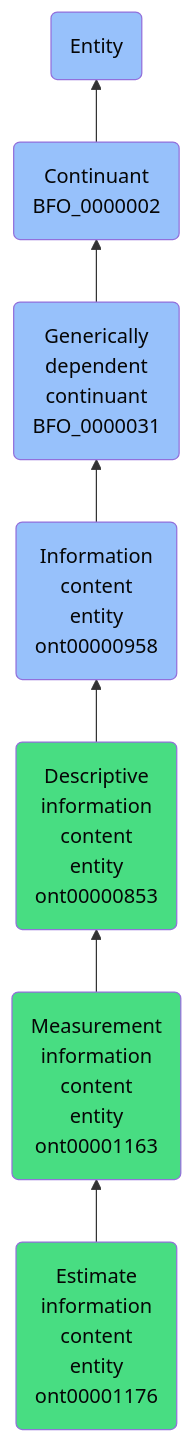
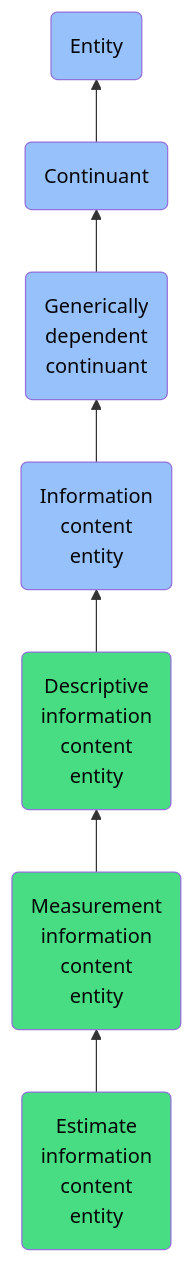
Before and after one commit to jupyter-naas/abi: the diagram in docs/ontology/reference/model/Entity/Continuant/Generically dependent continuant/Information content entity/Descriptive information content entity/Measurement information content entity/Estimate information content entity/Estimate information content entity.md, drawn with Mermaid. The commit also changed other lines of this file and 1430 other files, not shown here.

````diff
--- a/docs/ontology/reference/model/Entity/Continuant/Generically dependent continuant/Information content entity/Descriptive information content entity/Measurement information content entity/Estimate information content entity/Estimate information content entity.md
+++ b/docs/ontology/reference/model/Entity/Continuant/Generically dependent continuant/Information content entity/Descriptive information content entity/Measurement information content entity/Estimate information content entity/Estimate information content entity.md
@@ -26,14 +26,14 @@
 ```mermaid
 graph BT
-    ont00001176(Estimate<br>information<br>content<br>entity<br>ont00001176):::ABI-->ont00001163
-    ont00001163(Measurement<br>information<br>content<br>entity<br>ont00001163):::ABI-->ont00000853
-    ont00000853(Descriptive<br>information<br>content<br>entity<br>ont00000853):::ABI-->ont00000958
-    ont00000958(Information<br>content<br>entity<br>ont00000958):::BFO-->BFO_0000031
-    BFO_0000031(Generically<br>dependent<br>continuant<br>BFO_0000031):::BFO-->BFO_0000002
-    BFO_0000002(Continuant<br>BFO_0000002):::BFO-->BFO_0000001
+    ont00001176(Estimate<br>information<br>content<br>entity):::ABI-->ont00001163
+    ont00001163(Measurement<br>information<br>content<br>entity):::ABI-->ont00000853
+    ont00000853(Descriptive<br>information<br>content<br>entity):::ABI-->ont00000958
+    ont00000958(Information<br>content<br>entity):::BFO-->BFO_0000031
+    BFO_0000031(Generically<br>dependent<br>continuant):::BFO-->BFO_0000002
+    BFO_0000002(Continuant):::BFO-->BFO_0000001
     BFO_0000001(Entity):::BFO
     
     classDef BFO fill:#97c1fb,color:#060606
     classDef CCO fill:#e4c51e,color:#060606
     classDef ABI fill:#48DD82,color:#060606
 ```
````
